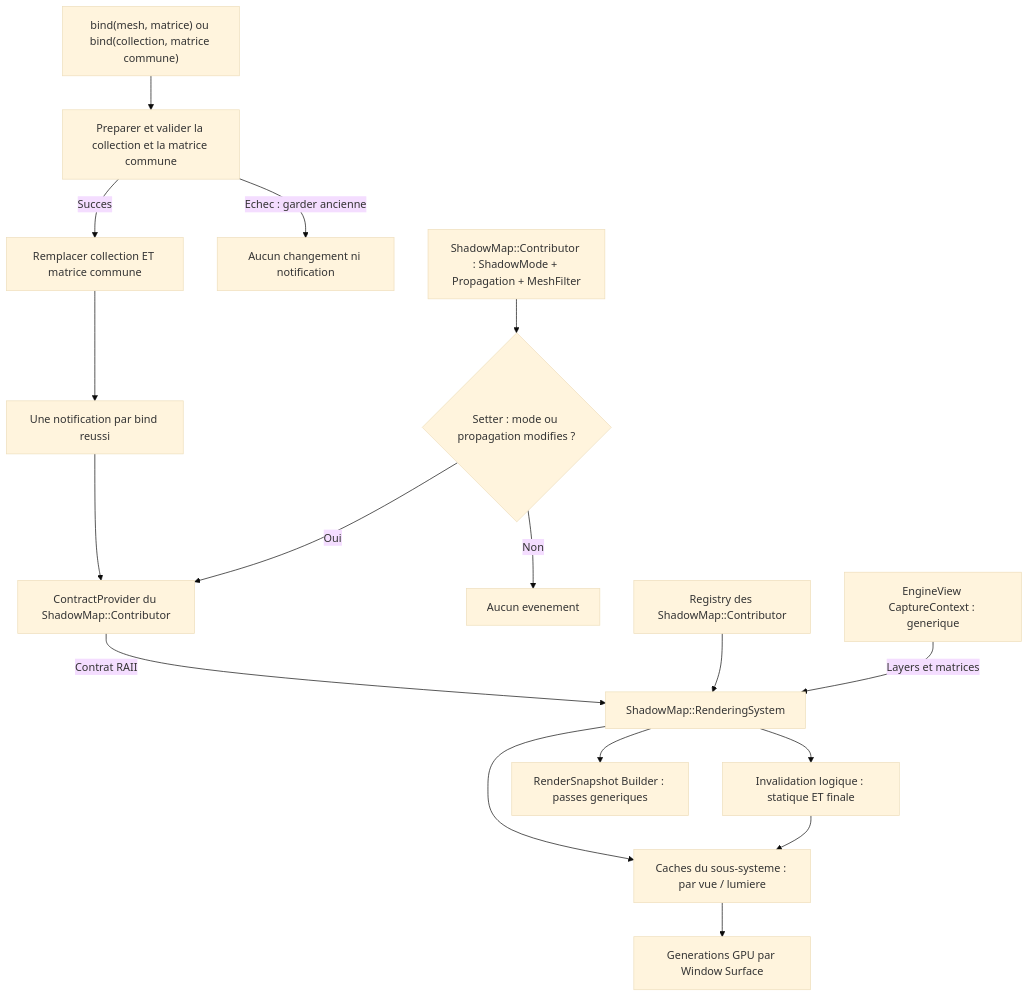
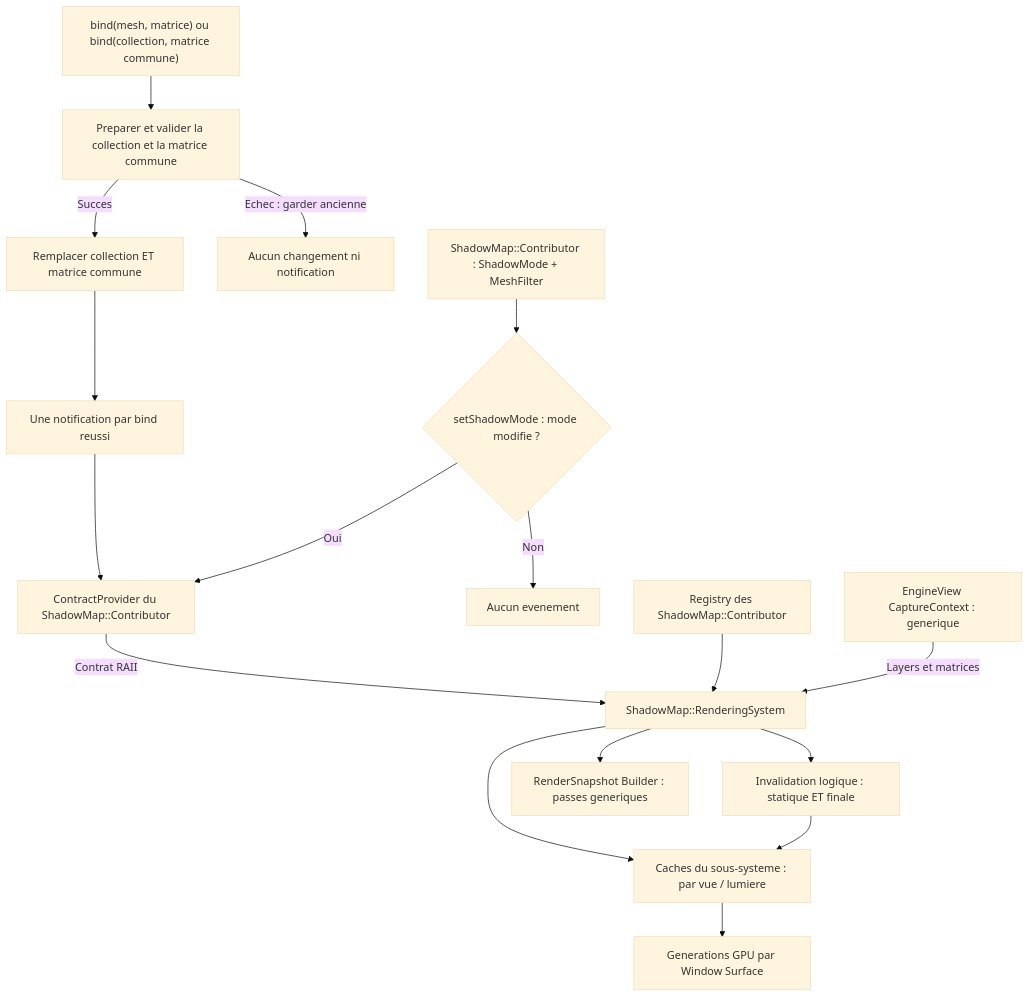
Before and after one commit to EreliaStudio/Sparkle: diagram 15 of 23 in docs/voxel-engine-v0.1.4-specification.md, drawn with Mermaid (base theme). The commit also changed other lines of this file, not shown here.

Commit message:
docs(v0.1.4): remove shadow mode propagation architecture (A2)

````diff
--- a/docs/voxel-engine-v0.1.4-specification.md
+++ b/docs/voxel-engine-v0.1.4-specification.md
@@ -1220,19 +1212,19 @@
 ```mermaid
 flowchart TD
-  Source["ShadowMap::Contributor : ShadowMode + Propagation + MeshFilter"] --> Change{"Setter : mode ou propagation modifies ?"}
+  Source["ShadowMap::Contributor : ShadowMode + MeshFilter"] --> Change{"setShadowMode : mode modifie ?"}
   Bind["bind(mesh, matrice) ou bind(collection, matrice commune)"] --> Validate["Preparer et valider la collection et la matrice commune"]
   Validate -->|"Echec : garder ancienne"| Failure["Aucun changement ni notification"]
   Validate -->|"Succes"| Swap["Remplacer collection ET matrice commune"]
   Swap --> Geom["Une notification par bind reussi"]
   Geom --> Provider
   Change -->|"Non"| Nothing["Aucun evenement"]
   Change -->|"Oui"| Provider["ContractProvider du ShadowMap::Contributor"]
   Provider -->|"Contrat RAII"| S["ShadowMap::RenderingSystem"]
   S --> Cache["Invalidation logique : statique ET finale"]
   Registry["Registry des ShadowMap::Contributor"] --> S
   S --> PerView["Caches du sous-systeme : par vue / lumiere"]
   PerView --> Surface["Generations GPU par Window Surface"]
   Cache --> PerView
   Context["EngineView CaptureContext : generique"] -->|"Layers et matrices"| S
   S --> Builder["RenderSnapshot Builder : passes generiques"]
 ```
````
